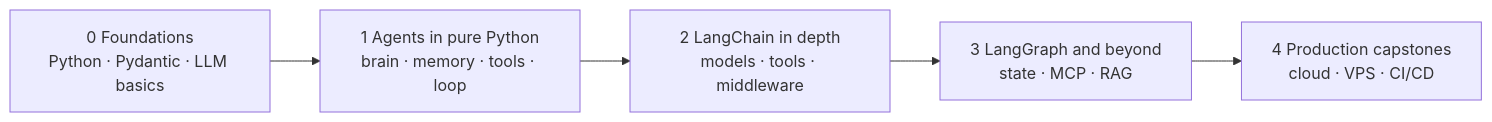
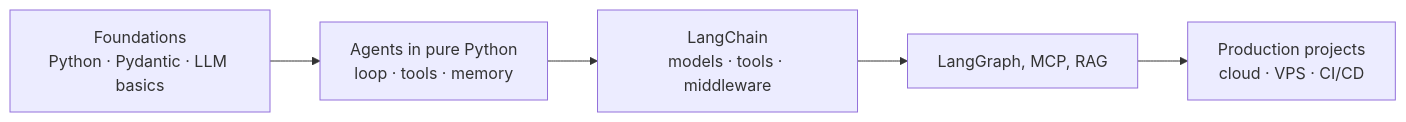
One commit to kiaanwankhede/MyNotes changed the diagram in books/llm/01-course-roadmap-and-prerequisites.md. Above: the diagram before and after it, drawn with Mermaid. The commit also changed other lines of this file and 1 other file, not shown here.

First line of the commit message:
LLM book: shorten Chapter 1 and trim glossary extras

````diff
--- a/books/llm/01-course-roadmap-and-prerequisites.md
+++ b/books/llm/01-course-roadmap-and-prerequisites.md
@@ -65,7 +15,7 @@
 ```mermaid
 flowchart LR
-    P0["0 Foundations<br/>Python · Pydantic · LLM basics"] --> P1["1 Agents in pure Python<br/>brain · memory · tools · loop"]
-    P1 --> P2["2 LangChain in depth<br/>models · tools · middleware"]
-    P2 --> P3["3 LangGraph and beyond<br/>state · MCP · RAG"]
-    P3 --> P4["4 Production capstones<br/>cloud · VPS · CI/CD"]
+    P0["Foundations<br/>Python · Pydantic · LLM basics"] --> P1["Agents in pure Python<br/>loop · tools · memory"]
+    P1 --> P2["LangChain<br/>models · tools · middleware"]
+    P2 --> P3["LangGraph, MCP, RAG"]
+    P3 --> P4["Production projects<br/>cloud · VPS · CI/CD"]
 ```
````
